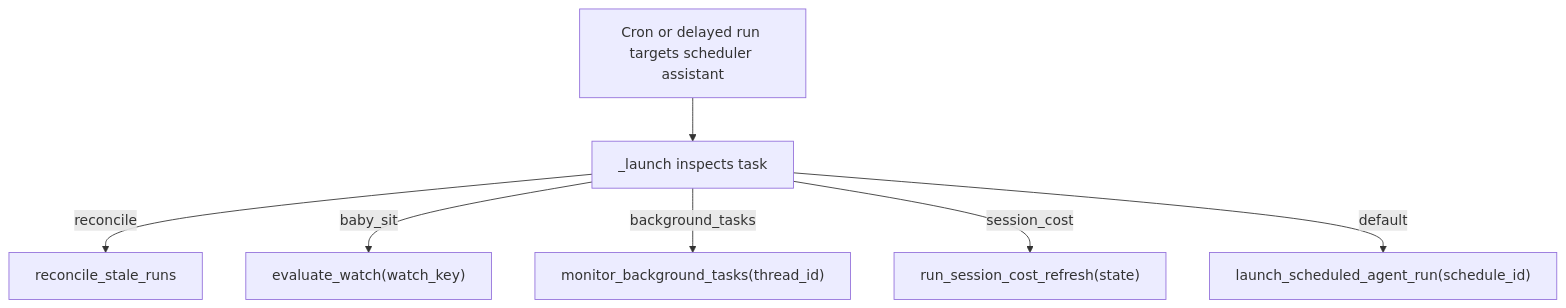
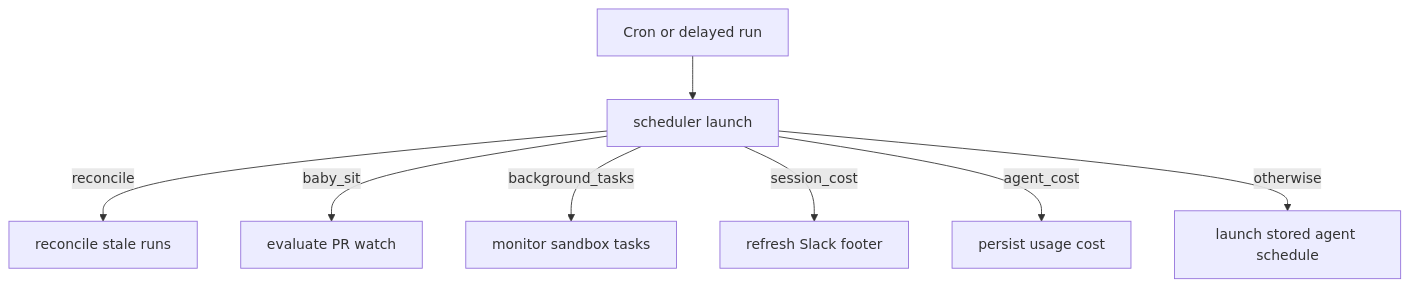
One commit to langchain-ai/open-swe changed the first of 2 diagrams in openwiki/workflows/scheduling-and-baby-sit.md. Above: the diagram before and after it, drawn with Mermaid. The commit also changed other lines of this file and 52 other files, not shown here.

````diff
--- a/openwiki/workflows/scheduling-and-baby-sit.md
+++ b/openwiki/workflows/scheduling-and-baby-sit.md
@@ -84,9 +65,10 @@
 ```mermaid
 flowchart TD
-  Tick["Cron or delayed run targets scheduler assistant"] --> Launch["_launch inspects task"]
-  Launch -->|reconcile| Rec["reconcile_stale_runs"]
-  Launch -->|baby_sit| Baby["evaluate_watch(watch_key)"]
-  Launch -->|background_tasks| Bg["monitor_background_tasks(thread_id)"]
-  Launch -->|session_cost| Cost["run_session_cost_refresh(state)"]
-  Launch -->|default| Sched["launch_scheduled_agent_run(schedule_id)"]
+  Tick["Cron or delayed run"] --> Launch["scheduler launch"]
+  Launch -->|"reconcile"| Reconcile["reconcile stale runs"]
+  Launch -->|"baby_sit"| Watch["evaluate PR watch"]
+  Launch -->|"background_tasks"| Background["monitor sandbox tasks"]
+  Launch -->|"session_cost"| SessionCost["refresh Slack footer"]
+  Launch -->|"agent_cost"| AgentCost["persist usage cost"]
+  Launch -->|"otherwise"| Schedule["launch stored agent schedule"]
 ```
````
